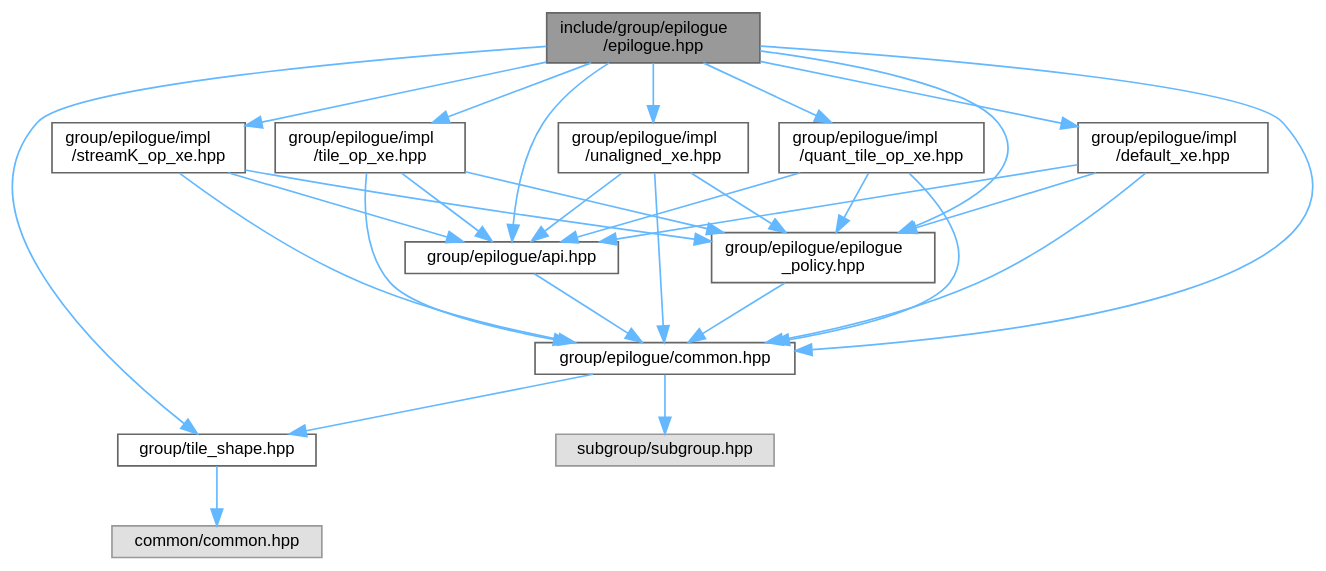
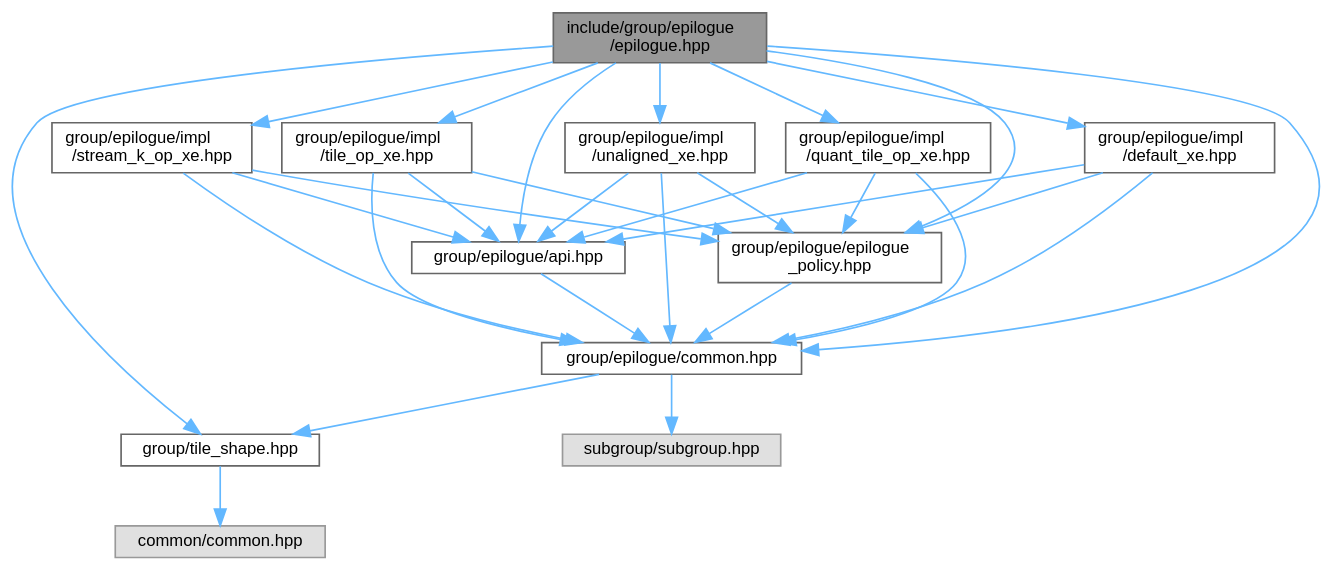
Before and after one commit to intel/xetla: the diagram in docs/epilogue_8hpp__incl.dot, drawn with Graphviz. The commit also changed 5168 other files, not shown here.

```diff
--- a/docs/epilogue_8hpp__incl.dot
+++ b/docs/epilogue_8hpp__incl.dot
@@ -1,48 +1,48 @@
 digraph "include/group/epilogue/epilogue.hpp"
 {
  // LATEX_PDF_SIZE
   bgcolor="transparent";
   edge [fontname=Helvetica,fontsize=10,labelfontname=Helvetica,labelfontsize=10];
   node [fontname=Helvetica,fontsize=10,shape=box,height=0.2,width=0.4];
   Node1 [id="Node000001",label="include/group/epilogue\l/epilogue.hpp",height=0.2,width=0.4,color="gray40", fillcolor="grey60", style="filled", fontcolor="black",tooltip="C++ API."];
   Node1 -> Node2 [id="edge1_Node000001_Node000002",color="steelblue1",style="solid",tooltip=" "];
   Node2 [id="Node000002",label="group/epilogue/api.hpp",height=0.2,width=0.4,color="grey40", fillcolor="white", style="filled",URL="$group_2epilogue_2api_8hpp.html",tooltip="C++ API."];
   Node2 -> Node3 [id="edge2_Node000002_Node000003",color="steelblue1",style="solid",tooltip=" "];
   Node3 [id="Node000003",label="group/epilogue/common.hpp",height=0.2,width=0.4,color="grey40", fillcolor="white", style="filled",URL="$group_2epilogue_2common_8hpp.html",tooltip="C++ API."];
   Node3 -> Node4 [id="edge3_Node000003_Node000004",color="steelblue1",style="solid",tooltip=" "];
   Node4 [id="Node000004",label="group/tile_shape.hpp",height=0.2,width=0.4,color="grey40", fillcolor="white", style="filled",URL="$tile__shape_8hpp.html",tooltip="C++ API."];
   Node4 -> Node5 [id="edge4_Node000004_Node000005",color="steelblue1",style="solid",tooltip=" "];
   Node5 [id="Node000005",label="common/common.hpp",height=0.2,width=0.4,color="grey60", fillcolor="#E0E0E0", style="filled",tooltip=" "];
   Node3 -> Node6 [id="edge5_Node000003_Node000006",color="steelblue1",style="solid",tooltip=" "];
   Node6 [id="Node000006",label="subgroup/subgroup.hpp",height=0.2,width=0.4,color="grey60", fillcolor="#E0E0E0", style="filled",tooltip=" "];
   Node1 -> Node3 [id="edge6_Node000001_Node000003",color="steelblue1",style="solid",tooltip=" "];
   Node1 -> Node7 [id="edge7_Node000001_Node000007",color="steelblue1",style="solid",tooltip=" "];
   Node7 [id="Node000007",label="group/epilogue/epilogue\l_policy.hpp",height=0.2,width=0.4,color="grey40", fillcolor="white", style="filled",URL="$epilogue__policy_8hpp.html",tooltip="C++ API."];
   Node7 -> Node3 [id="edge8_Node000007_Node000003",color="steelblue1",style="solid",tooltip=" "];
   Node1 -> Node8 [id="edge9_Node000001_Node000008",color="steelblue1",style="solid",tooltip=" "];
   Node8 [id="Node000008",label="group/epilogue/impl\l/default_xe.hpp",height=0.2,width=0.4,color="grey40", fillcolor="white", style="filled",URL="$group_2epilogue_2impl_2default__xe_8hpp.html",tooltip="C++ API."];
   Node8 -> Node2 [id="edge10_Node000008_Node000002",color="steelblue1",style="solid",tooltip=" "];
   Node8 -> Node3 [id="edge11_Node000008_Node000003",color="steelblue1",style="solid",tooltip=" "];
   Node8 -> Node7 [id="edge12_Node000008_Node000007",color="steelblue1",style="solid",tooltip=" "];
   Node1 -> Node9 [id="edge13_Node000001_Node000009",color="steelblue1",style="solid",tooltip=" "];
   Node9 [id="Node000009",label="group/epilogue/impl\l/quant_tile_op_xe.hpp",height=0.2,width=0.4,color="grey40", fillcolor="white", style="filled",URL="$quant__tile__op__xe_8hpp.html",tooltip="C++ API."];
   Node9 -> Node2 [id="edge14_Node000009_Node000002",color="steelblue1",style="solid",tooltip=" "];
   Node9 -> Node3 [id="edge15_Node000009_Node000003",color="steelblue1",style="solid",tooltip=" "];
   Node9 -> Node7 [id="edge16_Node000009_Node000007",color="steelblue1",style="solid",tooltip=" "];
   Node1 -> Node10 [id="edge17_Node000001_Node000010",color="steelblue1",style="solid",tooltip=" "];
-  Node10 [id="Node000010",label="group/epilogue/impl\l/streamK_op_xe.hpp",height=0.2,width=0.4,color="grey40", fillcolor="white", style="filled",URL="$streamK__op__xe_8hpp.html",tooltip="C++ API."];
+  Node10 [id="Node000010",label="group/epilogue/impl\l/stream_k_op_xe.hpp",height=0.2,width=0.4,color="grey40", fillcolor="white", style="filled",URL="$stream__k__op__xe_8hpp.html",tooltip="C++ API."];
   Node10 -> Node2 [id="edge18_Node000010_Node000002",color="steelblue1",style="solid",tooltip=" "];
   Node10 -> Node3 [id="edge19_Node000010_Node000003",color="steelblue1",style="solid",tooltip=" "];
   Node10 -> Node7 [id="edge20_Node000010_Node000007",color="steelblue1",style="solid",tooltip=" "];
   Node1 -> Node11 [id="edge21_Node000001_Node000011",color="steelblue1",style="solid",tooltip=" "];
   Node11 [id="Node000011",label="group/epilogue/impl\l/tile_op_xe.hpp",height=0.2,width=0.4,color="grey40", fillcolor="white", style="filled",URL="$tile__op__xe_8hpp.html",tooltip="C++ API."];
   Node11 -> Node2 [id="edge22_Node000011_Node000002",color="steelblue1",style="solid",tooltip=" "];
   Node11 -> Node3 [id="edge23_Node000011_Node000003",color="steelblue1",style="solid",tooltip=" "];
   Node11 -> Node7 [id="edge24_Node000011_Node000007",color="steelblue1",style="solid",tooltip=" "];
   Node1 -> Node12 [id="edge25_Node000001_Node000012",color="steelblue1",style="solid",tooltip=" "];
   Node12 [id="Node000012",label="group/epilogue/impl\l/unaligned_xe.hpp",height=0.2,width=0.4,color="grey40", fillcolor="white", style="filled",URL="$unaligned__xe_8hpp.html",tooltip="C++ API."];
   Node12 -> Node2 [id="edge26_Node000012_Node000002",color="steelblue1",style="solid",tooltip=" "];
   Node12 -> Node3 [id="edge27_Node000012_Node000003",color="steelblue1",style="solid",tooltip=" "];
   Node12 -> Node7 [id="edge28_Node000012_Node000007",color="steelblue1",style="solid",tooltip=" "];
   Node1 -> Node4 [id="edge29_Node000001_Node000004",color="steelblue1",style="solid",tooltip=" "];
 }
```
